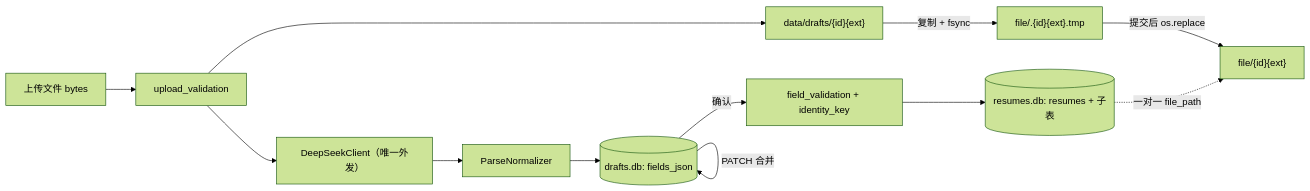
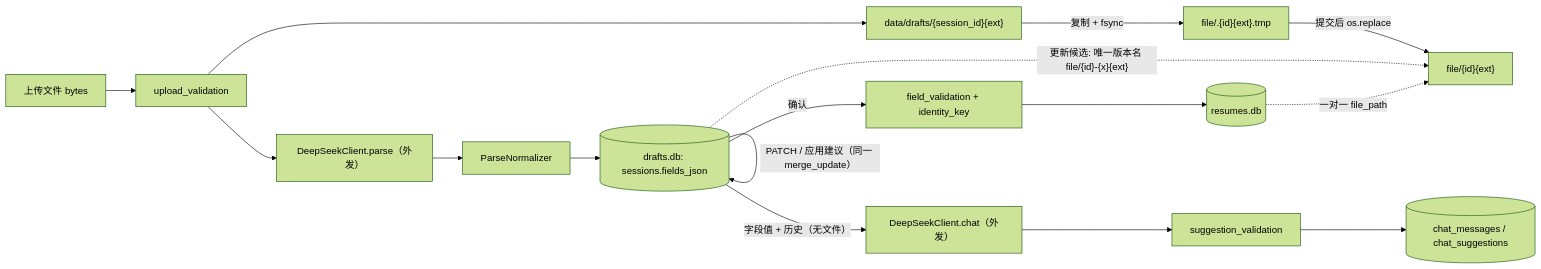
The second of 9 diagrams in backend-docs/HR_PR-1/04_design/design.md (Bohamnan/Loopforge-use-demo), drawn with Mermaid (forest theme) before and after one commit. The commit also changed other lines of this file and 2 other files, not shown here.

````diff
--- a/backend-docs/HR_PR-1/04_design/design.md
+++ b/backend-docs/HR_PR-1/04_design/design.md
@@ -217,14 +244,18 @@
 ```mermaid
 flowchart LR
     U["上传文件 bytes"] --> V["upload_validation"]
-    V --> T["data/drafts/{id}{ext}"]
-    V --> M["DeepSeekClient（唯一外发）"]
+    V --> T["data/drafts/{session_id}{ext}"]
+    V --> M["DeepSeekClient.parse（外发）"]
     M --> N["ParseNormalizer"]
-    N --> D[("drafts.db: fields_json")]
-    D -->|"PATCH 合并"| D
-    D -->|"确认"| X["field_validation + identity_key"]
+    N --> S[("drafts.db: sessions.fields_json")]
+    S -->|"PATCH / 应用建议（同一 merge_update）"| S
+    S -->|"字段值 + 历史（无文件）"| C["DeepSeekClient.chat（外发）"]
+    C --> SV["suggestion_validation"]
+    SV --> CM[("chat_messages / chat_suggestions")]
+    S -->|"确认"| X["field_validation + identity_key"]
     T -->|"复制 + fsync"| TMP["file/.{id}{ext}.tmp"]
-    X --> R[("resumes.db: resumes + 子表")]
+    X --> R[("resumes.db")]
     TMP -->|"提交后 os.replace"| F["file/{id}{ext}"]
+    S -.->|"更新候选: 唯一版本名 file/{id}-{x}{ext}"| F
     R -.->|"一对一 file_path"| F
 ```
````
